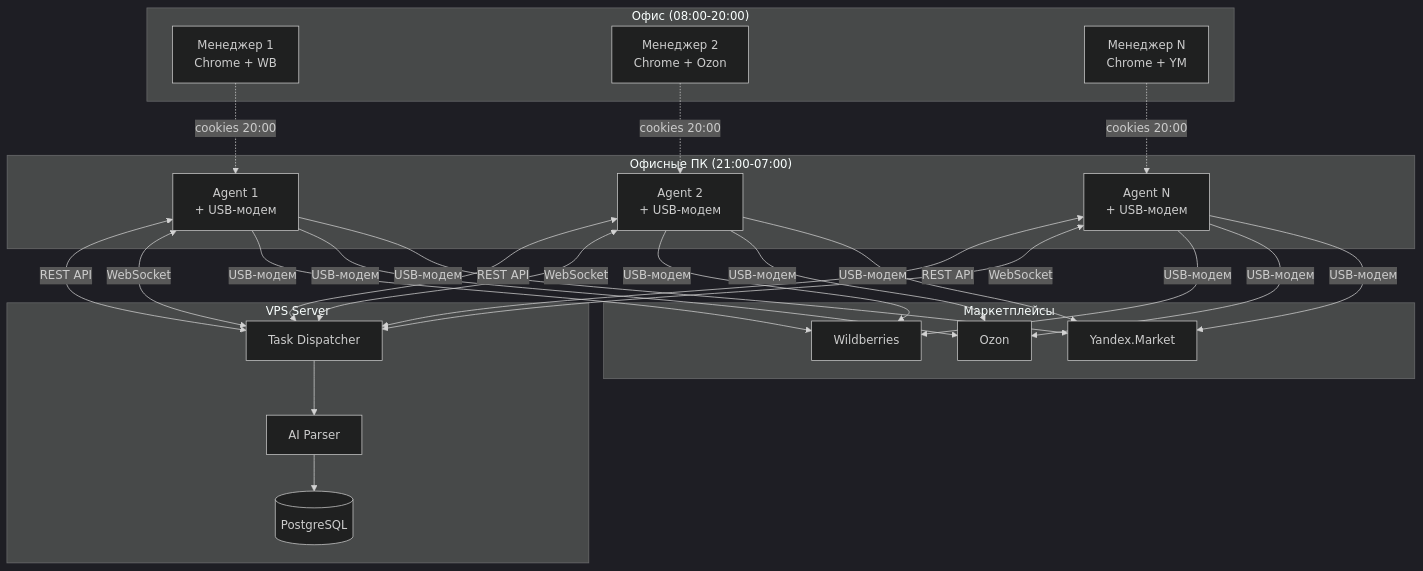
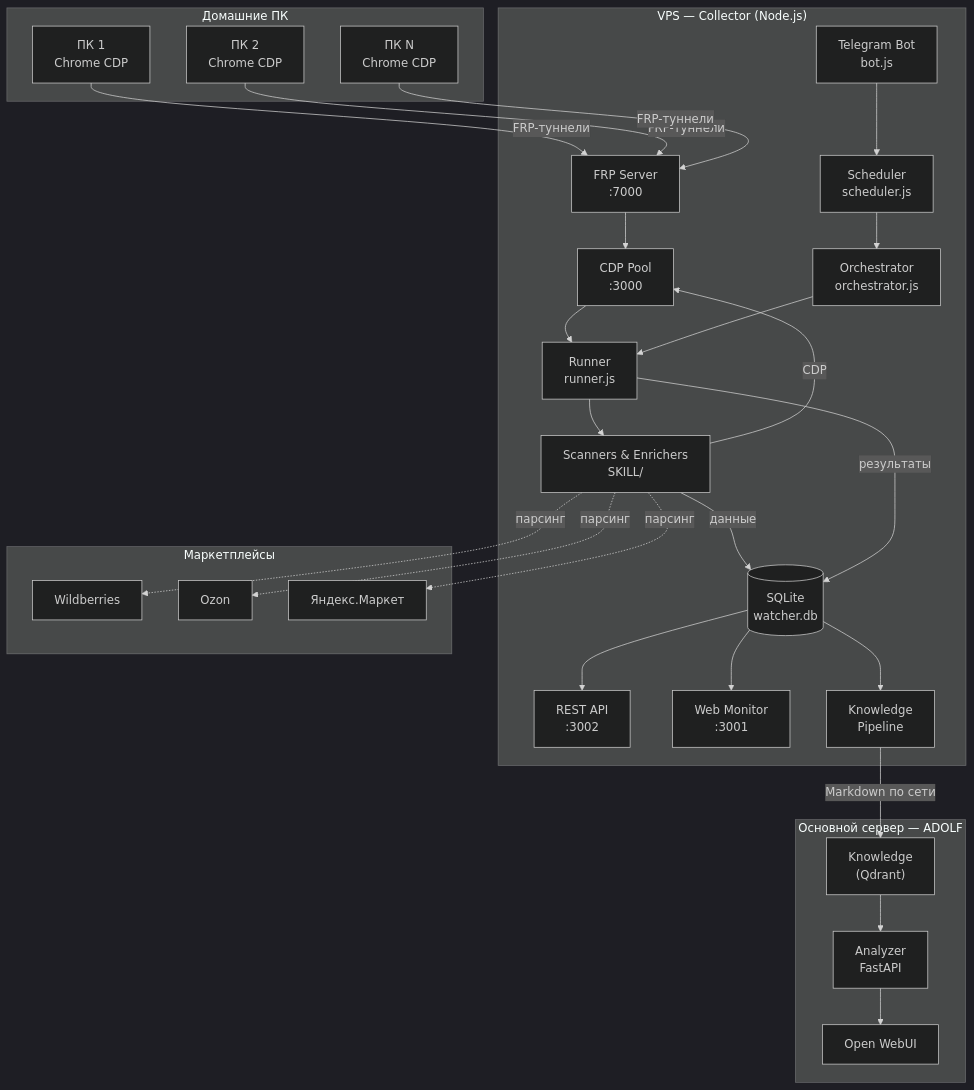
The first of 2 diagrams in watcher/adolf_watcher_0_introduction.md (Sign25/Docs), drawn with Mermaid (dark theme) before and after one commit. The commit also changed other lines of this file, not shown here.

Commit message:
Watcher v4.0: Раздел 0 — Введение (полная переработка)

````diff
--- a/watcher/adolf_watcher_0_introduction.md
+++ b/watcher/adolf_watcher_0_introduction.md
@@ -81,37 +61,54 @@
 ```mermaid
 graph TB
-    subgraph OFFICE["Офис (08:00-20:00)"]
-        MGR1["Менеджер 1<br/>Chrome + WB"]
-        MGR2["Менеджер 2<br/>Chrome + Ozon"]
-        MGR3["Менеджер N<br/>Chrome + YM"]
+    subgraph HOMES["Домашние ПК"]
+        PC1["ПК 1<br/>Chrome CDP"]
+        PC2["ПК 2<br/>Chrome CDP"]
+        PCN["ПК N<br/>Chrome CDP"]
     end
-    
-    subgraph AGENTS["Офисные ПК (21:00-07:00)"]
-        AG1["Agent 1<br/>+ USB-модем"]
-        AG2["Agent 2<br/>+ USB-модем"]
-        AG3["Agent N<br/>+ USB-модем"]
+
+    subgraph VPS["VPS — Collector (Node.js)"]
+        FRP["FRP Server<br/>:7000"]
+        CDP_POOL["CDP Pool<br/>:3000"]
+        BOT["Telegram Bot<br/>bot.js"]
+        SCHED["Scheduler<br/>scheduler.js"]
+        ORCH["Orchestrator<br/>orchestrator.js"]
+        RUNNER["Runner<br/>runner.js"]
+        SKILL["Scanners &amp; Enrichers<br/>SKILL/"]
+        SQLITE[("SQLite<br/>watcher.db")]
+        API_COL["REST API<br/>:3002"]
+        MONITOR["Web Monitor<br/>:3001"]
+        PIPELINE["Knowledge<br/>Pipeline"]
     end
-    
-    subgraph VPS["VPS Server"]
-        TD["Task Dispatcher"]
-        AP["AI Parser"]
-        PG[("PostgreSQL")]
+
+    subgraph MAIN["Основной сервер — ADOLF"]
+        KNOWLEDGE["Knowledge<br/>(Qdrant)"]
+        ANALYZER["Analyzer<br/>FastAPI"]
+        OWUI["Open WebUI"]
     end
-    
+
     subgraph MP["Маркетплейсы"]
         WB["Wildberries"]
         OZ["Ozon"]
-        YM["Yandex.Market"]
+        YM["Яндекс.Маркет"]
     end
-    
-    MGR1 -.->|cookies 20:00| AG1
-    MGR2 -.->|cookies 20:00| AG2
-    MGR3 -.->|cookies 20:00| AG3
-    
-    AG1 & AG2 & AG3 <-->|REST API| TD
-    AG1 & AG2 & AG3 <-->|WebSocket| TD
-    AG1 & AG2 & AG3 -->|USB-модем| WB & OZ & YM
-    
-    TD --> AP
-    AP --> PG
+
+    PC1 & PC2 & PCN -->|FRP-туннели| FRP
+    FRP --> CDP_POOL
+    CDP_POOL --> RUNNER
+    BOT --> SCHED
+    SCHED --> ORCH
+    ORCH --> RUNNER
+    RUNNER --> SKILL
+    SKILL -->|CDP| CDP_POOL
+    SKILL -->|данные| SQLITE
+    RUNNER -->|результаты| SQLITE
+    SQLITE --> API_COL
+    SQLITE --> MONITOR
+    SQLITE --> PIPELINE
+
+    PIPELINE -->|Markdown по сети| KNOWLEDGE
+    KNOWLEDGE --> ANALYZER
+    ANALYZER --> OWUI
+
+    SKILL -.->|парсинг| WB & OZ & YM
 ```
````
